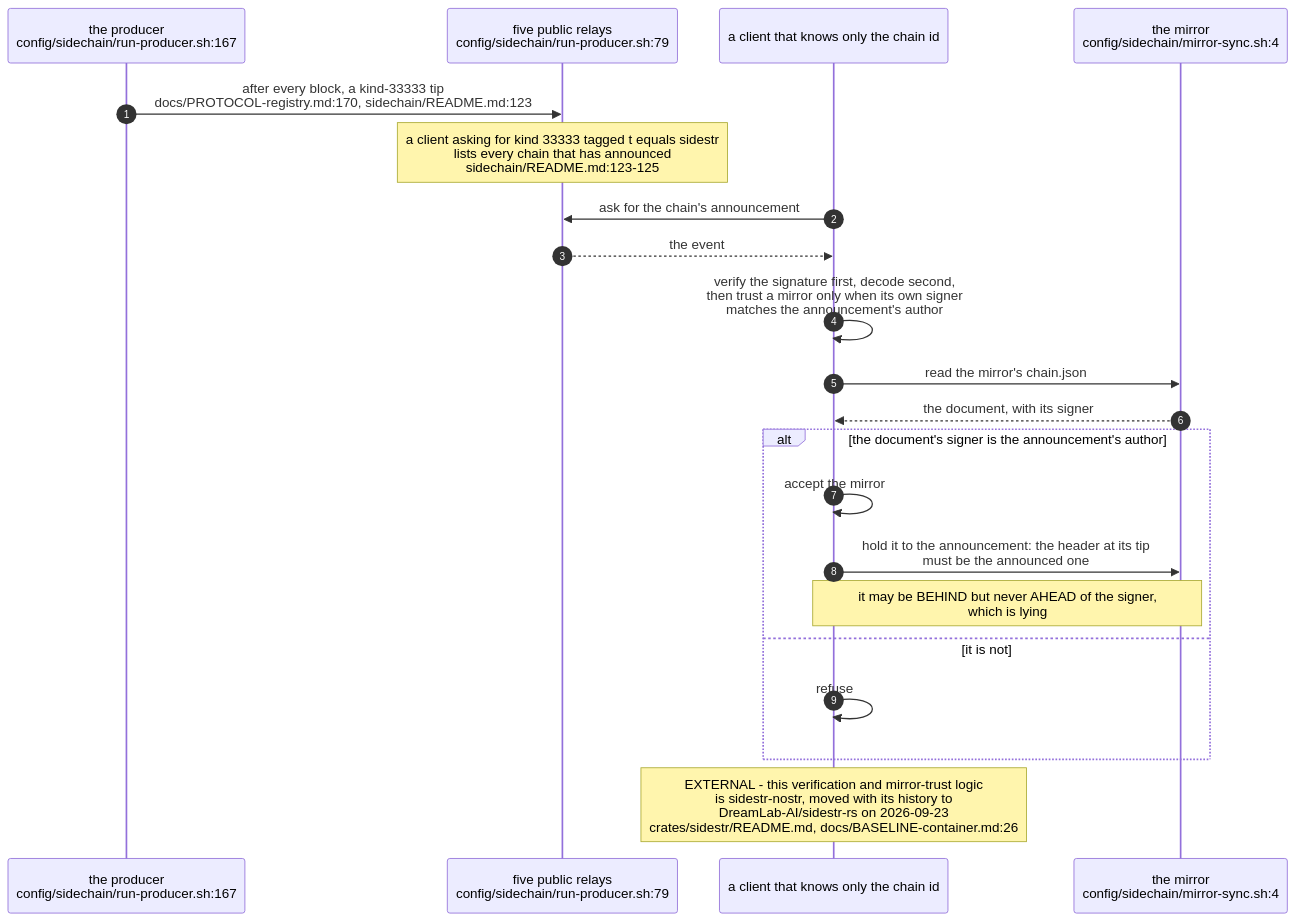
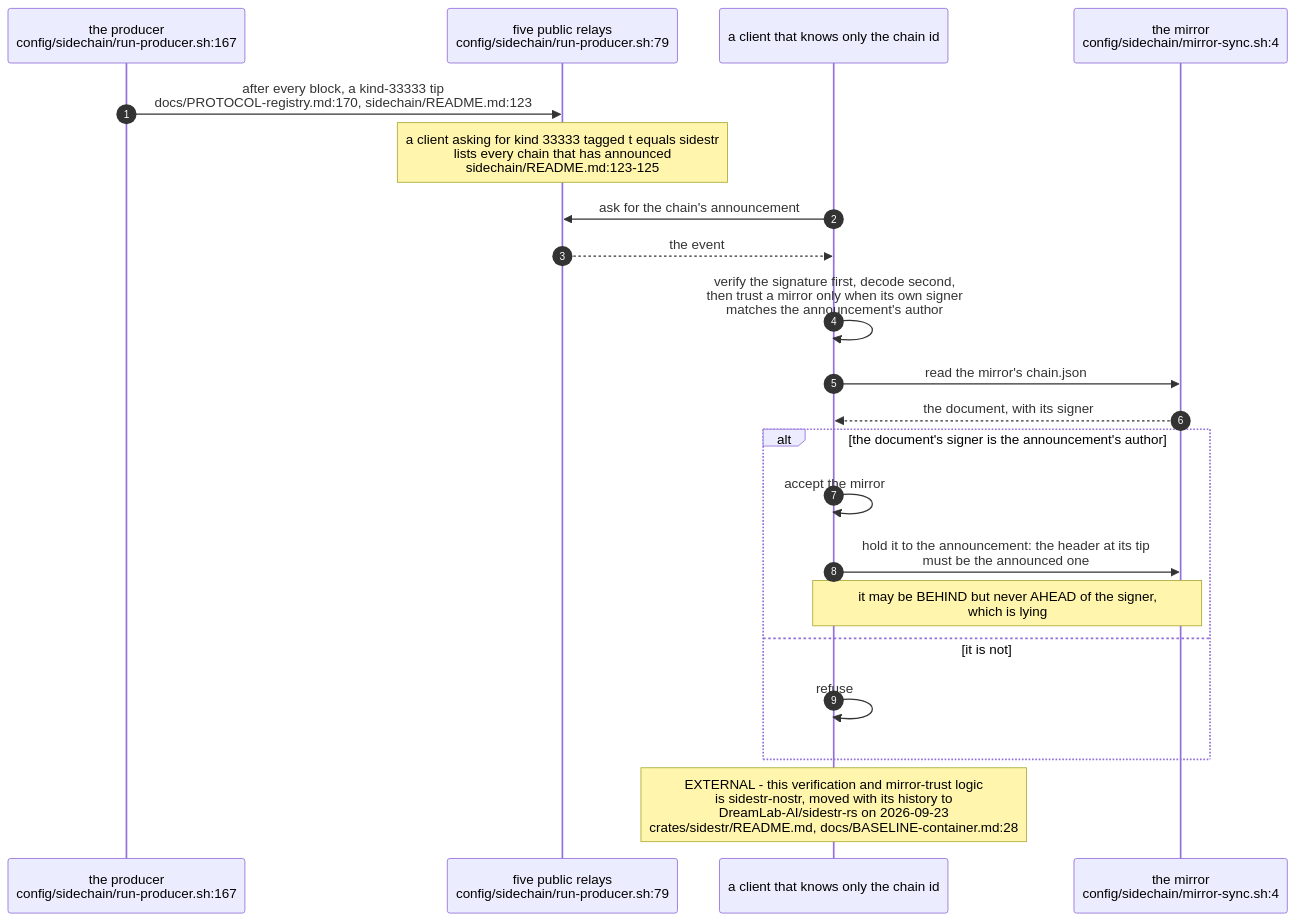
The second of 6 diagrams in docs/diagrams/agentbox/34-sidestr-interim-producer-and-mirror.md (DreamLab-AI/VisionFlow), drawn with Mermaid before and after one commit. The commit also changed other lines of this file and 12 other files, not shown here.

````diff
--- a/docs/diagrams/agentbox/34-sidestr-interim-producer-and-mirror.md
+++ b/docs/diagrams/agentbox/34-sidestr-interim-producer-and-mirror.md
@@ -114,24 +115,24 @@
 ```mermaid
 sequenceDiagram
     autonumber
     participant PR as the producer<br/>config/sidechain/run-producer.sh:167
     participant RL as five public relays<br/>config/sidechain/run-producer.sh:79
     participant CL as a client that knows only the chain id
     participant MI as the mirror<br/>config/sidechain/mirror-sync.sh:4
 
     PR->>RL: after every block, a kind-33333 tip<br/>docs/PROTOCOL-registry.md:170, sidechain/README.md:123
     Note over RL: a client asking for kind 33333 tagged t equals sidestr<br/>lists every chain that has announced<br/>sidechain/README.md:123-125
     CL->>RL: ask for the chain's announcement
     RL-->>CL: the event
     CL->>CL: verify the signature first, decode second,<br/>then trust a mirror only when its own signer<br/>matches the announcement's author
     CL->>MI: read the mirror's chain.json
     MI-->>CL: the document, with its signer
     alt the document's signer is the announcement's author
         CL->>CL: accept the mirror
         CL->>MI: hold it to the announcement: the header at its tip<br/>must be the announced one
         Note over CL,MI: it may be BEHIND but never AHEAD of the signer,<br/>which is lying
     else it is not
         CL->>CL: refuse
     end
-    Note over CL: EXTERNAL - this verification and mirror-trust logic<br/>is sidestr-nostr, moved with its history to<br/>DreamLab-AI/sidestr-rs on 2026-09-23<br/>crates/sidestr/README.md, docs/BASELINE-container.md:26
+    Note over CL: EXTERNAL - this verification and mirror-trust logic<br/>is sidestr-nostr, moved with its history to<br/>DreamLab-AI/sidestr-rs on 2026-09-23<br/>crates/sidestr/README.md, docs/BASELINE-container.md:28
 ```
````
